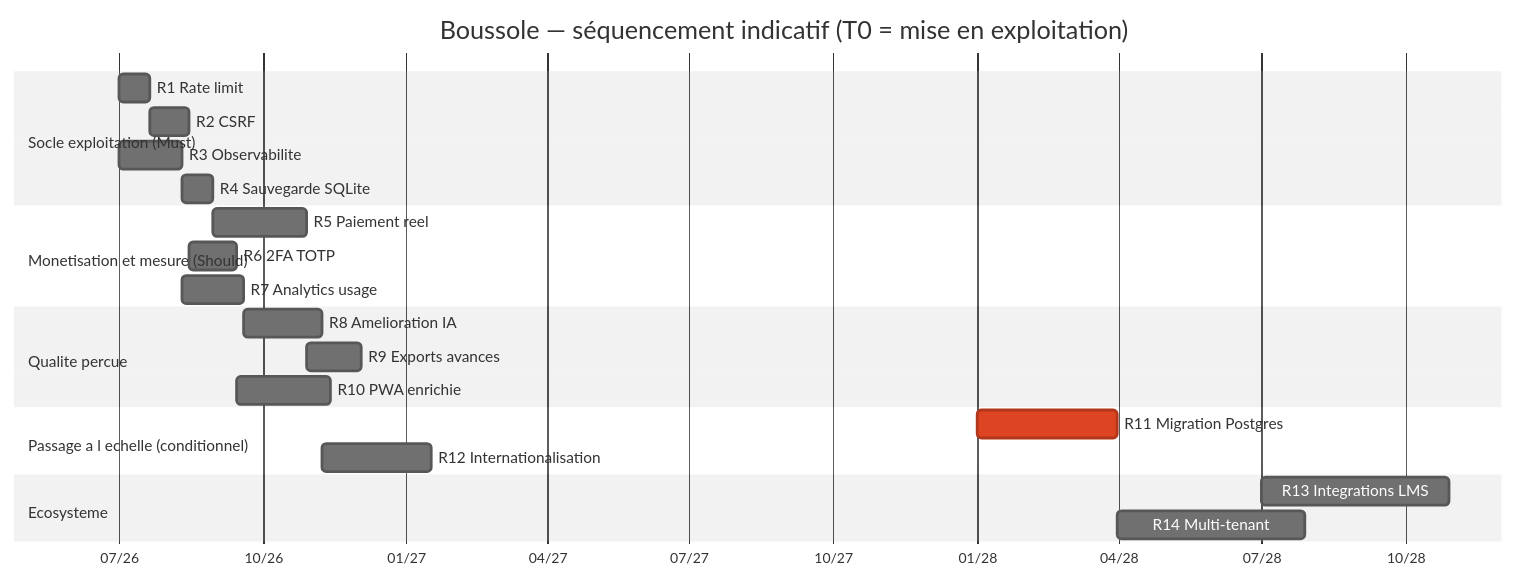
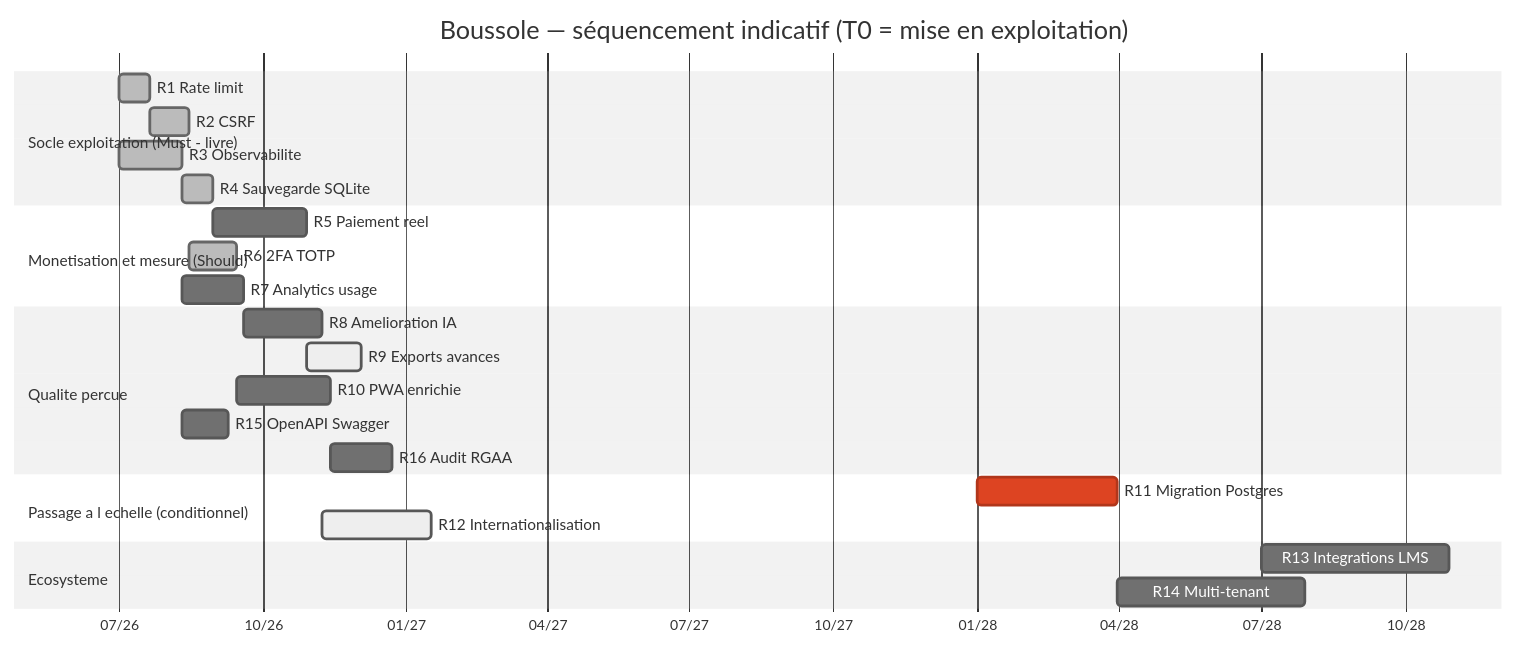
One commit to melafrit/FAD130_accompagnement_pro changed the second of 3 diagrams in app/api/src/wiki/content/roadmap.md. Above: the diagram before and after it, drawn with Mermaid (neutral theme). The commit also changed other lines of this file and 14 other files, not shown here.

````diff
--- a/app/api/src/wiki/content/roadmap.md
+++ b/app/api/src/wiki/content/roadmap.md
@@ -124,30 +139,32 @@
 ```mermaid
 gantt
     title Boussole — séquencement indicatif (T0 = mise en exploitation)
     dateFormat YYYY-MM-DD
     axisFormat %m/%y
 
-    section Socle exploitation (Must)
-    R1 Rate limit            :r1, 2026-07-01, 20d
-    R2 CSRF                  :r2, after r1, 25d
-    R3 Observabilite         :r3, 2026-07-01, 40d
-    R4 Sauvegarde SQLite     :r4, after r3, 20d
+    section Socle exploitation (Must - livre)
+    R1 Rate limit            :done, r1, 2026-07-01, 20d
+    R2 CSRF                  :done, r2, after r1, 25d
+    R3 Observabilite         :done, r3, 2026-07-01, 40d
+    R4 Sauvegarde SQLite     :done, r4, after r3, 20d
 
     section Monetisation et mesure (Should)
     R5 Paiement reel         :r5, after r4, 60d
-    R6 2FA TOTP              :r6, after r2, 30d
+    R6 2FA TOTP              :done, r6, after r2, 30d
     R7 Analytics usage       :r7, after r3, 40d
 
     section Qualite percue
     R8 Amelioration IA       :r8, after r7, 50d
-    R9 Exports avances       :r9, after r5, 35d
+    R9 Exports avances       :active, r9, after r5, 35d
     R10 PWA enrichie         :r10, after r6, 60d
+    R15 OpenAPI Swagger      :r15, after r3, 30d
+    R16 Audit RGAA           :r16, after r10, 40d
 
     section Passage a l echelle (conditionnel)
     R11 Migration Postgres   :crit, r11, 2028-01-01, 90d
-    R12 Internationalisation :r12, after r8, 70d
+    R12 Internationalisation :active, r12, after r8, 70d
 
     section Ecosysteme
     R13 Integrations LMS     :r13, 2028-07-01, 120d
     R14 Multi-tenant         :r14, after r11, 120d
 ```
````
